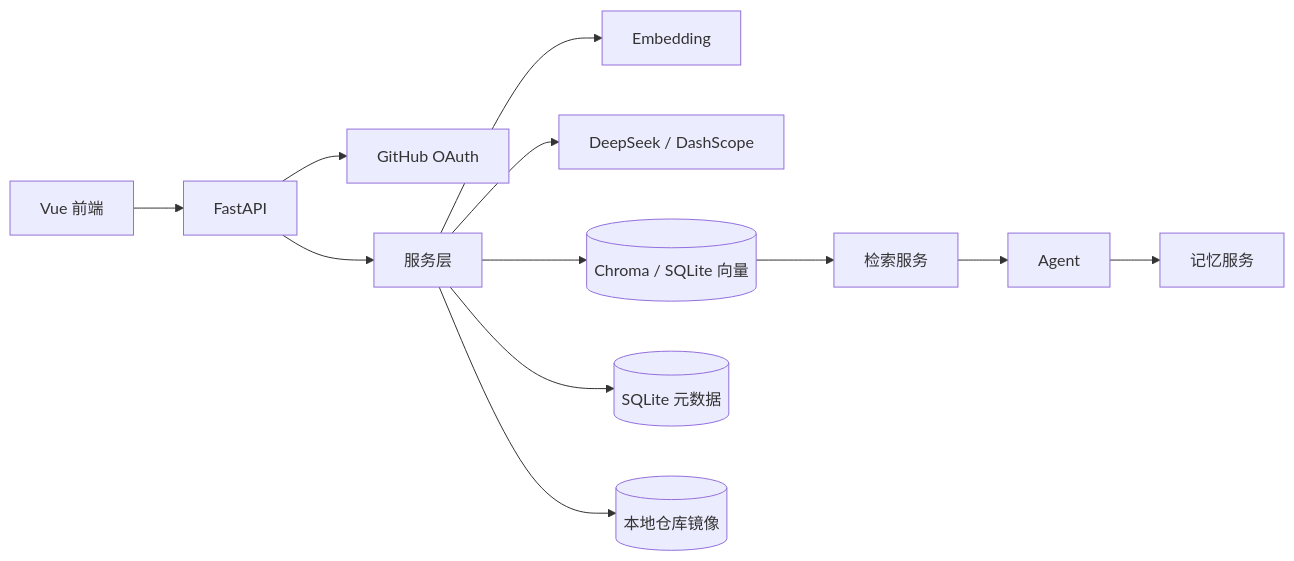
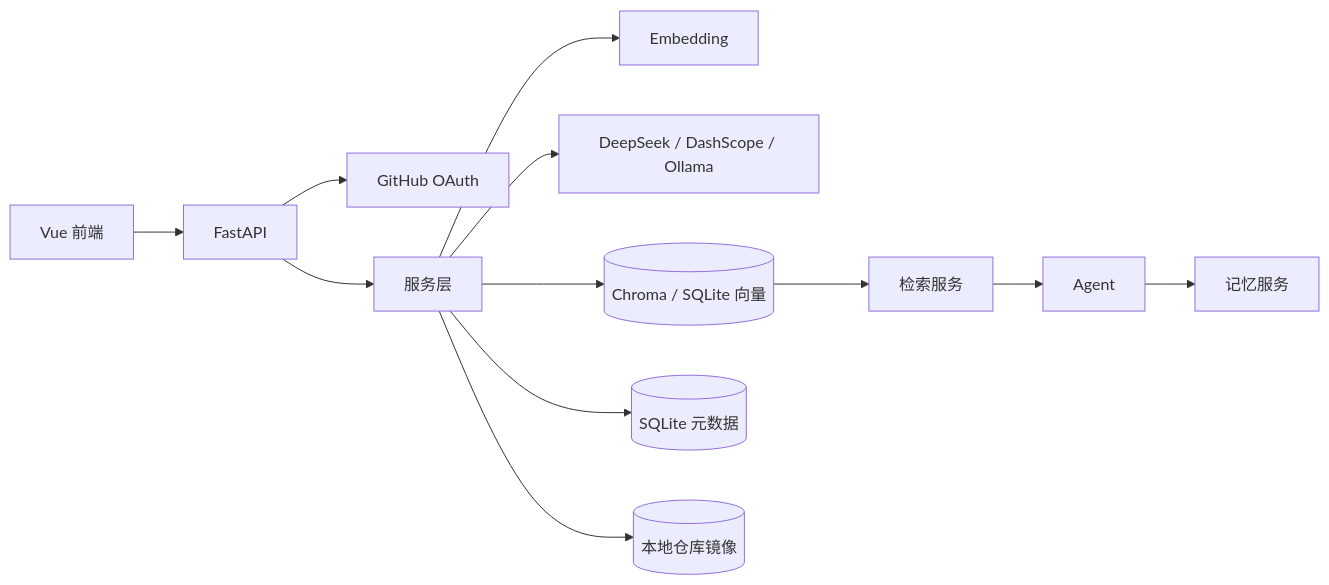
The diagram in README.md (Lmeet61713/git_rag_agentic_demo), drawn with Mermaid before and after one commit. The commit also changed other lines of this file and 57 other files, not shown here.

````diff
--- a/README.md
+++ b/README.md
@@ -57,14 +71,14 @@
 ```mermaid
 flowchart LR
   FE[Vue 前端] --> API[FastAPI]
   API --> AUTH[GitHub OAuth]
   API --> SVC[服务层]
   SVC --> EMB[Embedding]
-  SVC --> LLM[DeepSeek / DashScope]
+  SVC --> LLM[DeepSeek / DashScope / Ollama]
   SVC --> VDB[(Chroma / SQLite 向量)]
   SVC --> SQLITE[(SQLite 元数据)]
   SVC --> REPO[(本地仓库镜像)]
   VDB --> RET[检索服务]
   RET --> AGENT[Agent]
   AGENT --> MEM[记忆服务]
 ```
````
